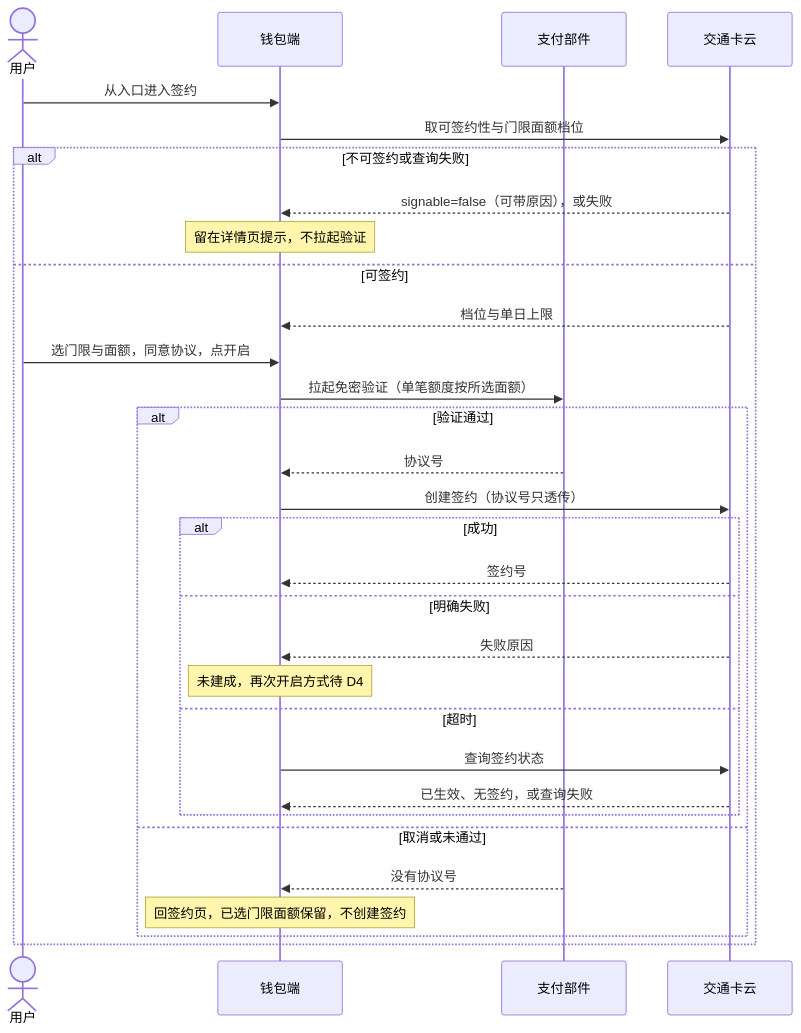
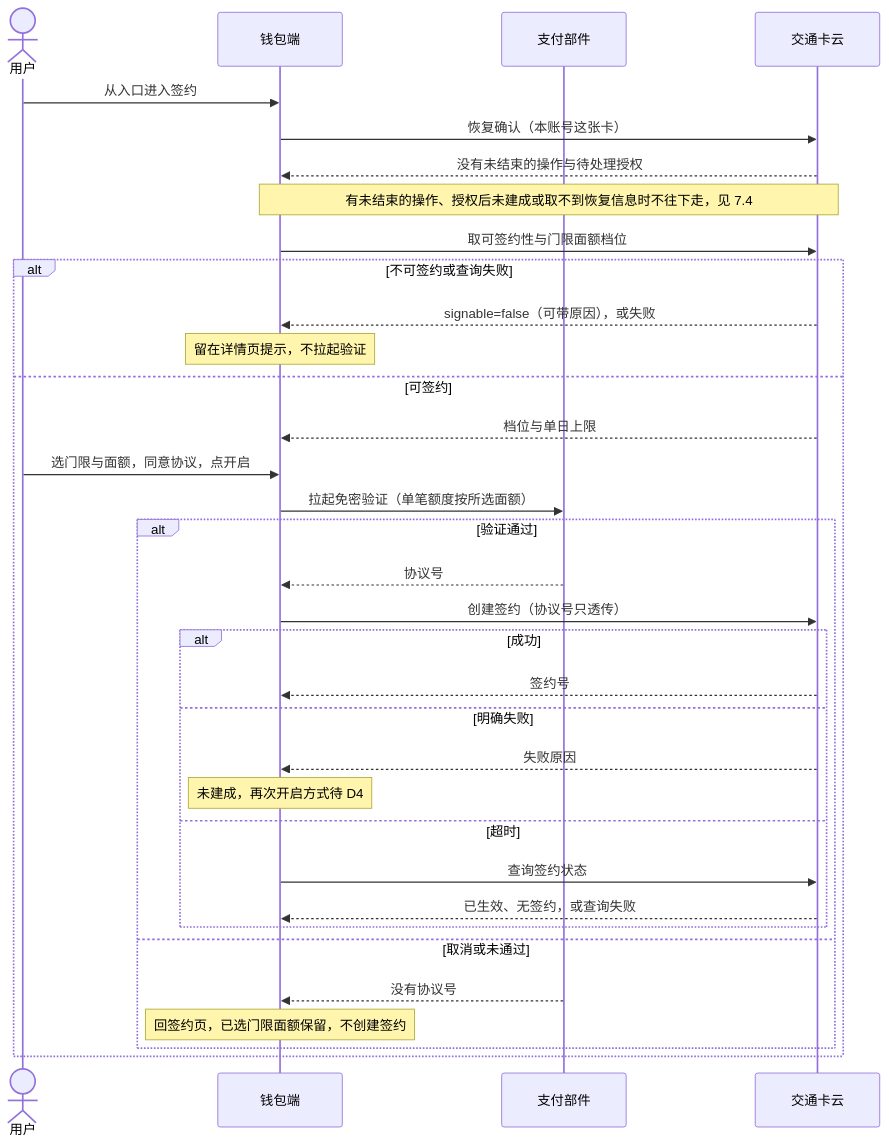
One commit to sqsqsq/SimulatedWalletForHmos changed the second of 7 diagrams in doc/plan/1.9.9/金样候选/auto-topup/AR/story.md. Above: the diagram before and after it, drawn with Mermaid. The commit also changed other lines of this file and 47 other files, not shown here.

````diff
--- a/doc/plan/1.9.9/金样候选/auto-topup/AR/story.md
+++ b/doc/plan/1.9.9/金样候选/auto-topup/AR/story.md
@@ -199,33 +209,36 @@
 ```mermaid
 sequenceDiagram
   actor U as 用户
   participant W as 钱包端
   participant P as 支付部件
   participant C as 交通卡云
   U->>W: 从入口进入签约
+  W->>C: 恢复确认（本账号这张卡）
+  C-->>W: 没有未结束的操作与待处理授权
+  Note over W,C: 有未结束的操作、授权后未建成或取不到恢复信息时不往下走，见 7.4
   W->>C: 取可签约性与门限面额档位
   alt 不可签约或查询失败
     C-->>W: signable=false（可带原因），或失败
     Note over W: 留在详情页提示，不拉起验证
   else 可签约
     C-->>W: 档位与单日上限
     U->>W: 选门限与面额，同意协议，点开启
     W->>P: 拉起免密验证（单笔额度按所选面额）
     alt 验证通过
       P-->>W: 协议号
       W->>C: 创建签约（协议号只透传）
       alt 成功
         C-->>W: 签约号
       else 明确失败
         C-->>W: 失败原因
         Note over W: 未建成，再次开启方式待 D4
       else 超时
         W->>C: 查询签约状态
         C-->>W: 已生效、无签约，或查询失败
       end
     else 取消或未通过
       P-->>W: 没有协议号
       Note over W: 回签约页，已选门限面额保留，不创建签约
     end
   end
 ```
````
